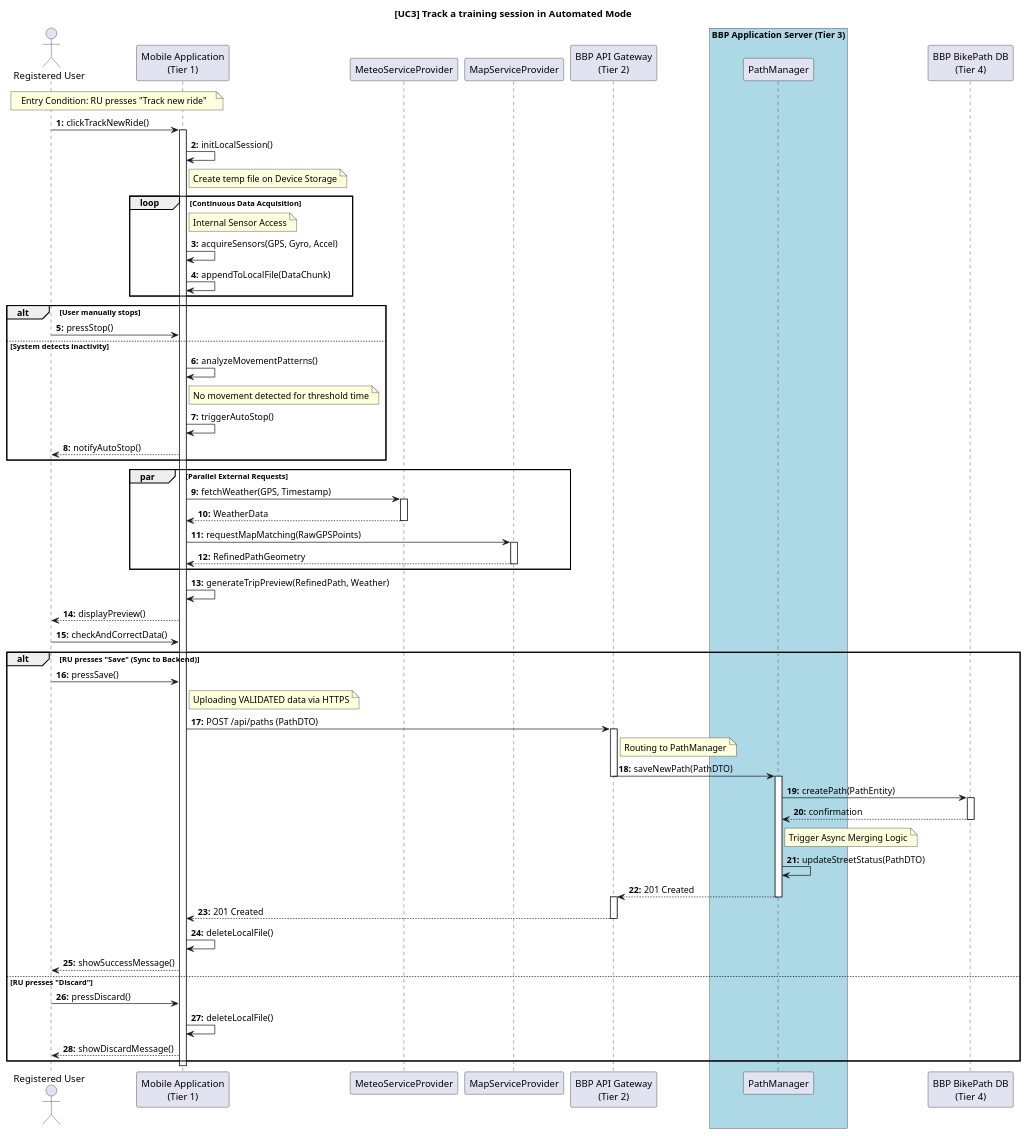
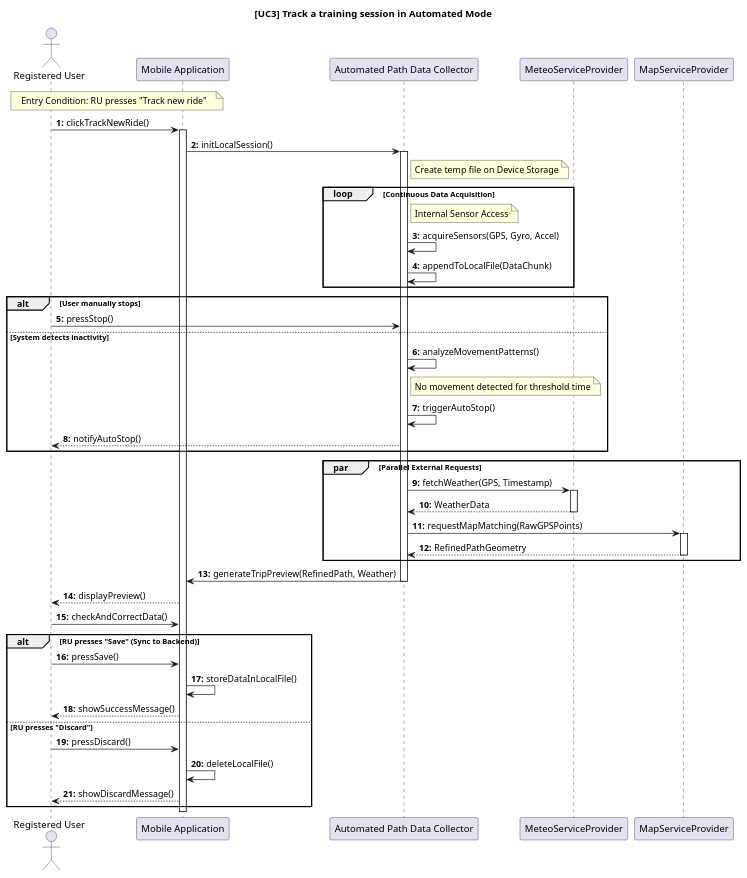
Before and after one commit to ilevinci/RubinoUvinsiVinciguerra: the diagram in DD/sequencediagrams/usecase3.puml, drawn with PlantUML. The commit also changed 8 other files, not shown here.

Commit message:
update sequence diagrams (use case->component)

```diff
--- a/DD/sequencediagrams/usecase3.puml
+++ b/DD/sequencediagrams/usecase3.puml
@@ -1,127 +1,96 @@
 @startuml UC3_TrackAutomatedRide_Final
 autonumber "<b>0:"
 title [UC3] Track a training session in Automated Mode
 
 ' =======================================================
 ' COMPONENT DEFINITION
 ' =======================================================
 actor "Registered User" as RU
-participant "Mobile Application\n(Tier 1)" as Client
+participant "Mobile Application" as Client
+participant "Automated Path Data Collector" as APDC
 
 ' Servizi Esterni (Chiamati direttamente dal Client)
 participant "MeteoServiceProvider" as Meteo
 participant "MapServiceProvider" as Map
-
-' Backend System
-participant "BBP API Gateway\n(Tier 2)" as GW
-box "BBP Application Server (Tier 3)" #LightBlue
-    participant "PathManager" as TM
-end box
-participant "BBP BikePath DB\n(Tier 4)" as DB
 
 ' =======================================================
 ' ENTRY CONDITION
 ' =======================================================
 note over RU, Client: Entry Condition: RU presses "Track new ride"
 
 ' =======================================================
 ' (a) START TRACKING
 ' =======================================================
 RU -> Client: clickTrackNewRide()
 activate Client
 
-Client -> Client: initLocalSession()
-note right of Client: Create temp file on Device Storage
+Client -> APDC: initLocalSession()
+note right of APDC: Create temp file on Device Storage
 
 ' =======================================================
 ' (b), (c) LOCAL ACQUISITION LOOP
 ' =======================================================
+activate APDC
 loop Continuous Data Acquisition
-    note right of Client: Internal Sensor Access
-    Client -> Client: acquireSensors(GPS, Gyro, Accel)
-    Client -> Client: appendToLocalFile(DataChunk)
+    note right of APDC: Internal Sensor Access
+    APDC -> APDC: acquireSensors(GPS, Gyro, Accel)
+    APDC -> APDC: appendToLocalFile(DataChunk)
 end
 
 ' =======================================================
 ' (d) DETECT END OF ACTIVITY
 ' =======================================================
 alt User manually stops
-    RU -> Client: pressStop()
+    RU -> APDC: pressStop()
 else System detects inactivity
-    Client -> Client: analyzeMovementPatterns()
-    note right of Client: No movement detected for threshold time
-    Client -> Client: triggerAutoStop()
-    Client --> RU: notifyAutoStop()
+    APDC -> APDC: analyzeMovementPatterns()
+    note right of APDC: No movement detected for threshold time
+    APDC -> APDC: triggerAutoStop()
+    APDC --> RU: notifyAutoStop()
 end
 
 ' =======================================================
 ' EXTERNAL REFINEMENT (Smart Client)
 ' =======================================================
 'note right of Client: Client acts as Orchestrator
 
 ' Chiamate dirette dal Client ai Servizi Esterni
 par Parallel External Requests
     ' Meteo
-    Client -> Meteo: fetchWeather(GPS, Timestamp)
+    APDC -> Meteo: fetchWeather(GPS, Timestamp)
     activate Meteo
-    Meteo --> Client: WeatherData
+    Meteo --> APDC: WeatherData
     deactivate Meteo
     
     ' Map Matching
-    Client -> Map: requestMapMatching(RawGPSPoints)
+    APDC -> Map: requestMapMatching(RawGPSPoints)
     activate Map
-    Map --> Client: RefinedPathGeometry
+    Map --> APDC: RefinedPathGeometry
     deactivate Map
 end par
 
 ' Generazione Preview Locale
-Client -> Client: generateTripPreview(RefinedPath, Weather)
+APDC -> Client: generateTripPreview(RefinedPath, Weather)
+deactivate
 Client --> RU: displayPreview()
 
 ' (f) USER VALIDATION
 RU -> Client: checkAndCorrectData()
 
 ' =======================================================
 ' EXIT CONDITION: SAVE OR DISCARD
 ' =======================================================
 alt RU presses "Save" (Sync to Backend)
     RU -> Client: pressSave()
     
-    ' Invio del pacchetto completo e pulito al server
-    note right of Client: Uploading VALIDATED data via HTTPS
-    Client -> GW: POST /api/paths (PathDTO)
-    activate GW
-    
-    note right of GW: Routing to PathManager
-    GW -> TM: saveNewPath(PathDTO)
-    deactivate GW
-    activate TM
-
-    ' Persistenza
-    TM -> DB: createPath(PathEntity)
-    activate DB
-    DB --> TM: confirmation
-    deactivate DB
-
-    ' Logica di Fusione (Requisito Gruppo 3)
-    note right of TM: Trigger Async Merging Logic
-    TM -> TM: updateStreetStatus(PathDTO)
-
-    ' Risposta
-    TM --> GW: 201 Created
-    deactivate TM
-    activate GW
-    GW --> Client: 201 Created
-    deactivate GW
-    
-    Client -> Client: deleteLocalFile()
+    Client -> Client: storeDataInLocalFile()
     Client --> RU: showSuccessMessage()
 
 else RU presses "Discard"
     RU -> Client: pressDiscard()
     Client -> Client: deleteLocalFile()
     Client --> RU: showDiscardMessage()
 end
 
 deactivate Client
 @enduml
```
